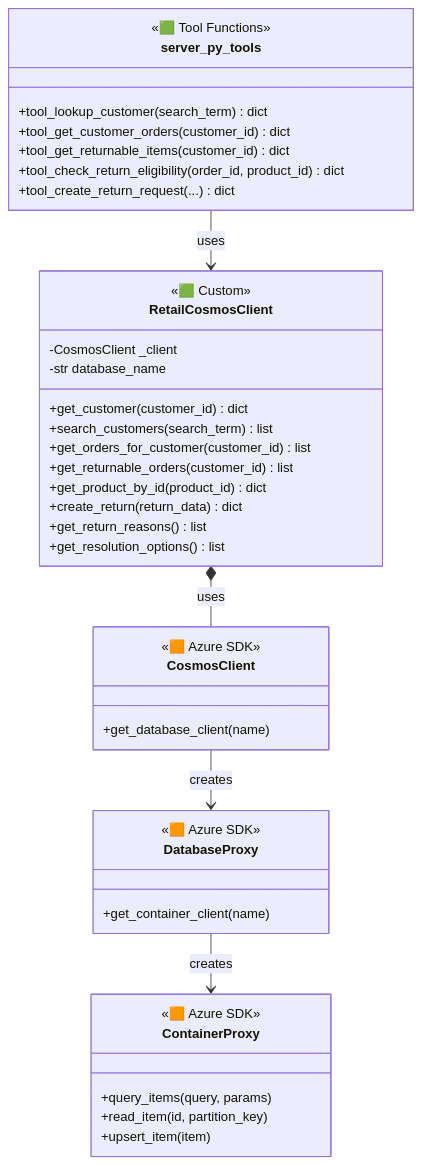
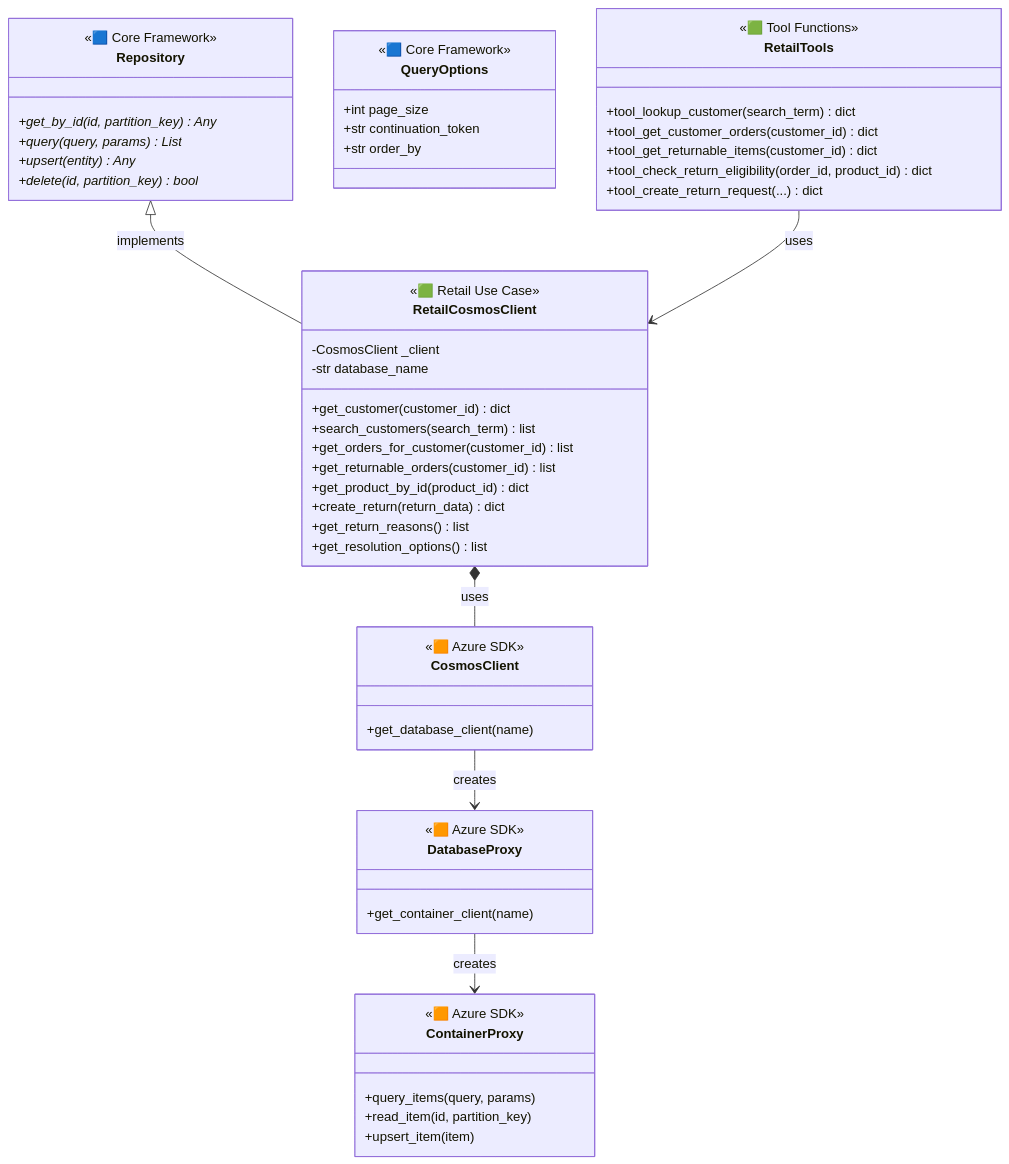
Before and after one commit to MSFT-Innovation-Hub-India/Chatkit-Order-Return-Sample: the fourth of 12 diagrams in docs/DIAGRAMS.md, drawn with Mermaid. The commit also changed other lines of this file and 26 other files, not shown here.

````diff
--- a/docs/DIAGRAMS.md
+++ b/docs/DIAGRAMS.md
@@ -310,53 +397,70 @@
 ```mermaid
 classDiagram
     direction TB
     
-    %% Cosmos DB Client (Green)
+    %% Core Framework Base Classes (Blue - core/)
+    class Repository {
+        <<🟦 Core Framework>>
+        +get_by_id(id, partition_key)* Any
+        +query(query, params)* List
+        +upsert(entity)* Any
+        +delete(id, partition_key)* bool
+    }
+    
+    class QueryOptions {
+        <<🟦 Core Framework>>
+        +int page_size
+        +str continuation_token
+        +str order_by
+    }
+    
+    %% Retail Cosmos DB Client (Green)
     class RetailCosmosClient {
-        <<🟩 Custom>>
+        <<🟩 Retail Use Case>>
         -CosmosClient _client
         -str database_name
         +get_customer(customer_id) dict
         +search_customers(search_term) list
         +get_orders_for_customer(customer_id) list
         +get_returnable_orders(customer_id) list
         +get_product_by_id(product_id) dict
         +create_return(return_data) dict
         +get_return_reasons() list
         +get_resolution_options() list
     }
     
     %% Azure Cosmos SDK (Orange)
     class CosmosClient {
         <<🟧 Azure SDK>>
         +get_database_client(name)
     }
     
     class DatabaseProxy {
         <<🟧 Azure SDK>>
         +get_container_client(name)
     }
     
     class ContainerProxy {
         <<🟧 Azure SDK>>
         +query_items(query, params)
         +read_item(id, partition_key)
         +upsert_item(item)
     }
     
-    %% Agent Tool Functions (Green) - @function_tool decorated in server.py
-    class server_py_tools {
+    %% Agent Tool Functions (Green) - @function_tool decorated
+    class RetailTools {
         <<🟩 Tool Functions>>
         +tool_lookup_customer(search_term) dict
         +tool_get_customer_orders(customer_id) dict
         +tool_get_returnable_items(customer_id) dict
         +tool_check_return_eligibility(order_id, product_id) dict
         +tool_create_return_request(...) dict
     }
     
     %% Relationships
+    Repository <|-- RetailCosmosClient : implements
     RetailCosmosClient *-- CosmosClient : uses
     CosmosClient --> DatabaseProxy : creates
     DatabaseProxy --> ContainerProxy : creates
-    server_py_tools --> RetailCosmosClient : uses
+    RetailTools --> RetailCosmosClient : uses
 ```
````
